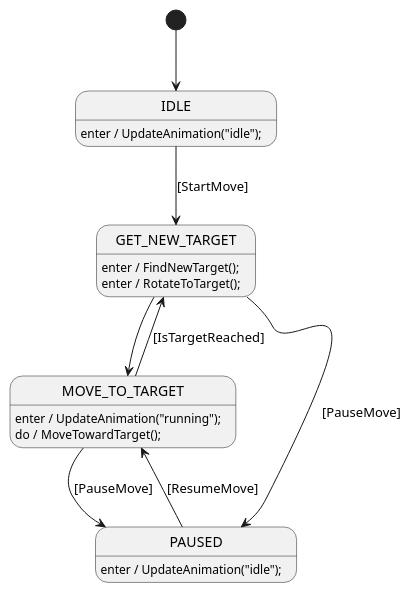
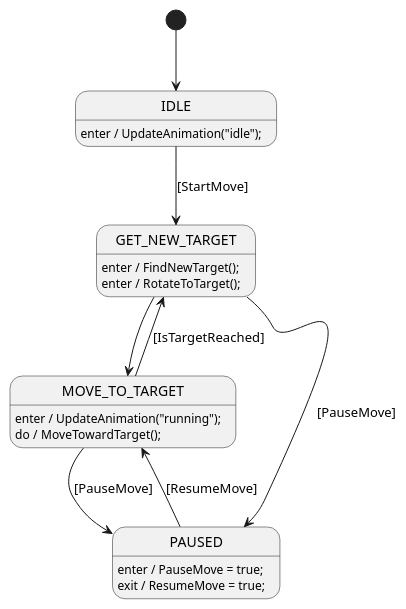
Before and after one commit to IAFahim/ASLTest: the diagram in Assets/Scripts/RunStateMachine/RunnerState.puml, drawn with PlantUML. The commit also changed 11 other files, not shown here.

```diff
--- a/Assets/Scripts/RunStateMachine/RunnerState.puml
+++ b/Assets/Scripts/RunStateMachine/RunnerState.puml
@@ -1,27 +1,28 @@
 @startuml
 [*] --> IDLE
 IDLE --> GET_NEW_TARGET : [StartMove]
 GET_NEW_TARGET --> MOVE_TO_TARGET
 MOVE_TO_TARGET --> GET_NEW_TARGET : [IsTargetReached]
 GET_NEW_TARGET --> PAUSED : [PauseMove]
 MOVE_TO_TARGET --> PAUSED : [PauseMove]
 PAUSED --> MOVE_TO_TARGET : [ResumeMove]
 state IDLE {
   IDLE : enter / UpdateAnimation("idle");
 }
 state MOVE_TO_TARGET {
   MOVE_TO_TARGET : enter / UpdateAnimation("running");
   MOVE_TO_TARGET : do / MoveTowardTarget();
 }
 state GET_NEW_TARGET {
   GET_NEW_TARGET : enter / FindNewTarget();
   GET_NEW_TARGET : enter / RotateToTarget();
 }
 state PAUSED {
-  PAUSED : enter / UpdateAnimation("idle");
+  PAUSED : enter / PauseMove = true;
+  PAUSED : exit / ResumeMove = true;
 }
 
 /'! $CONFIG : toml
 SmRunnerSettings.transpilerId = "CSharp"
 '/
 @enduml
```
